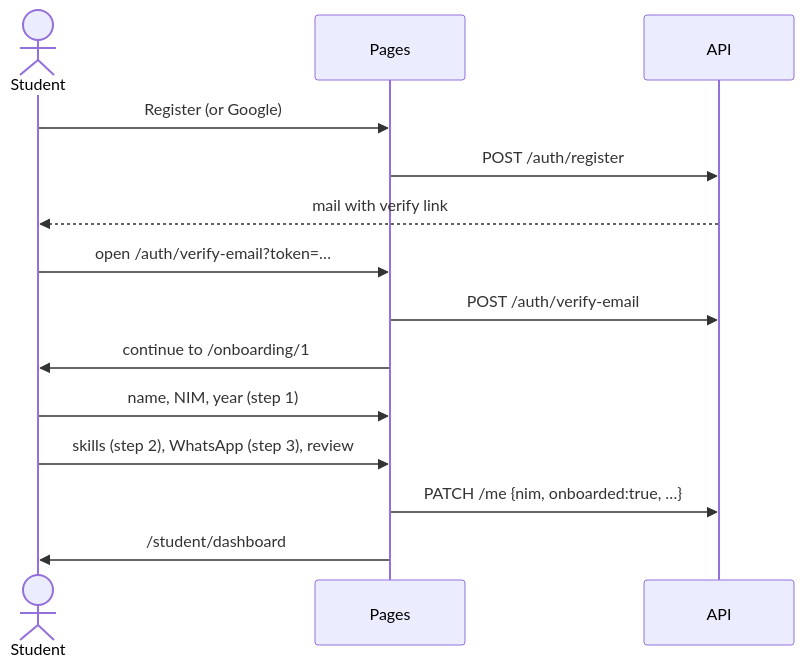
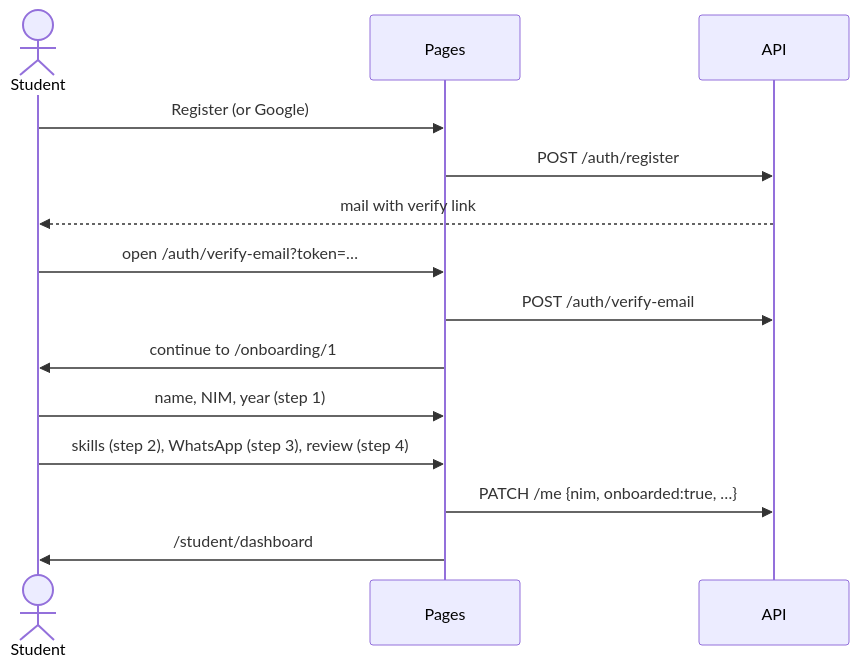
Before and after one commit to Arktouros-Forge/UniLink: the fourth of 8 diagrams in APP.md, drawn with Mermaid. The commit also changed other lines of this file and 13 other files, not shown here.

Commit message:
feat: improve admin navigation and chart usability

````diff
--- a/APP.md
+++ b/APP.md
@@ -86,16 +132,16 @@
 ```mermaid
 sequenceDiagram
   actor U as Student
   participant UI as Pages
   participant API as API
   U->>UI: Register (or Google)
   UI->>API: POST /auth/register
   API-->>U: mail with verify link
   U->>UI: open /auth/verify-email?token=…
   UI->>API: POST /auth/verify-email
   UI->>U: continue to /onboarding/1
   U->>UI: name, NIM, year (step 1)
-  U->>UI: skills (step 2), WhatsApp (step 3), review
+  U->>UI: skills (step 2), WhatsApp (step 3), review (step 4)
   UI->>API: PATCH /me {nim, onboarded:true, …}
   UI->>U: /student/dashboard
 ```
````
